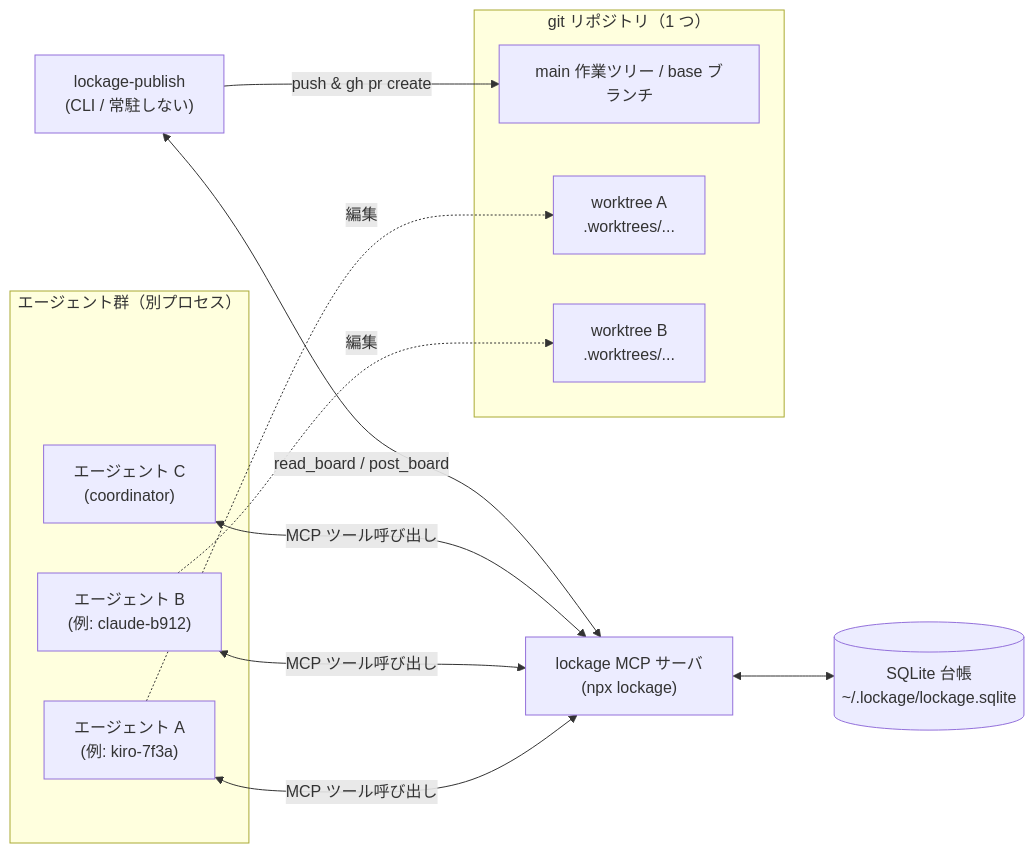
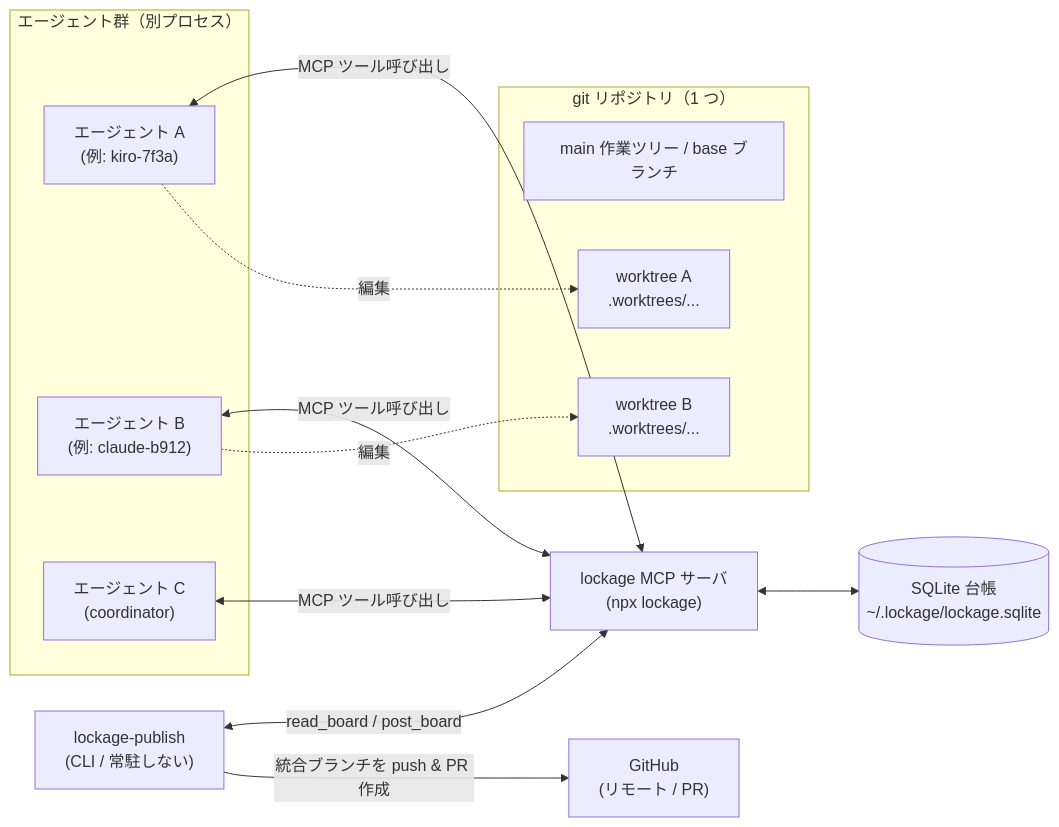
One commit to tacck/lockage changed the first of 9 diagrams in docs/overview_ja.md. Above: the diagram before and after it, drawn with Mermaid. The commit also changed other lines of this file and 1 other file, not shown here.

````diff
--- a/docs/overview_ja.md
+++ b/docs/overview_ja.md
@@ -17,28 +17,29 @@
 ```mermaid
 flowchart LR
     subgraph agents["エージェント群（別プロセス）"]
         A1["エージェント A<br/>(例: kiro-7f3a)"]
         A2["エージェント B<br/>(例: claude-b912)"]
         A3["エージェント C<br/>(coordinator)"]
     end
 
     MCP["lockage MCP サーバ<br/>(npx lockage)"]
     DB[("SQLite 台帳<br/>~/.lockage/lockage.sqlite")]
 
     subgraph repo["git リポジトリ（1 つ）"]
         MAIN["main 作業ツリー / base ブランチ"]
         WTA["worktree A<br/>.worktrees/..."]
         WTB["worktree B<br/>.worktrees/..."]
     end
 
     PUB["lockage-publish<br/>(CLI / 常駐しない)"]
+    GH["GitHub<br/>(リモート / PR)"]
 
     A1 <-->|MCP ツール呼び出し| MCP
     A2 <-->|MCP ツール呼び出し| MCP
     A3 <-->|MCP ツール呼び出し| MCP
     MCP <--> DB
     A1 -.編集.-> WTA
     A2 -.編集.-> WTB
     PUB <-->|read_board / post_board| MCP
-    PUB -->|push & gh pr create| MAIN
+    PUB -->|統合ブランチを push & PR 作成| GH
 ```
````
